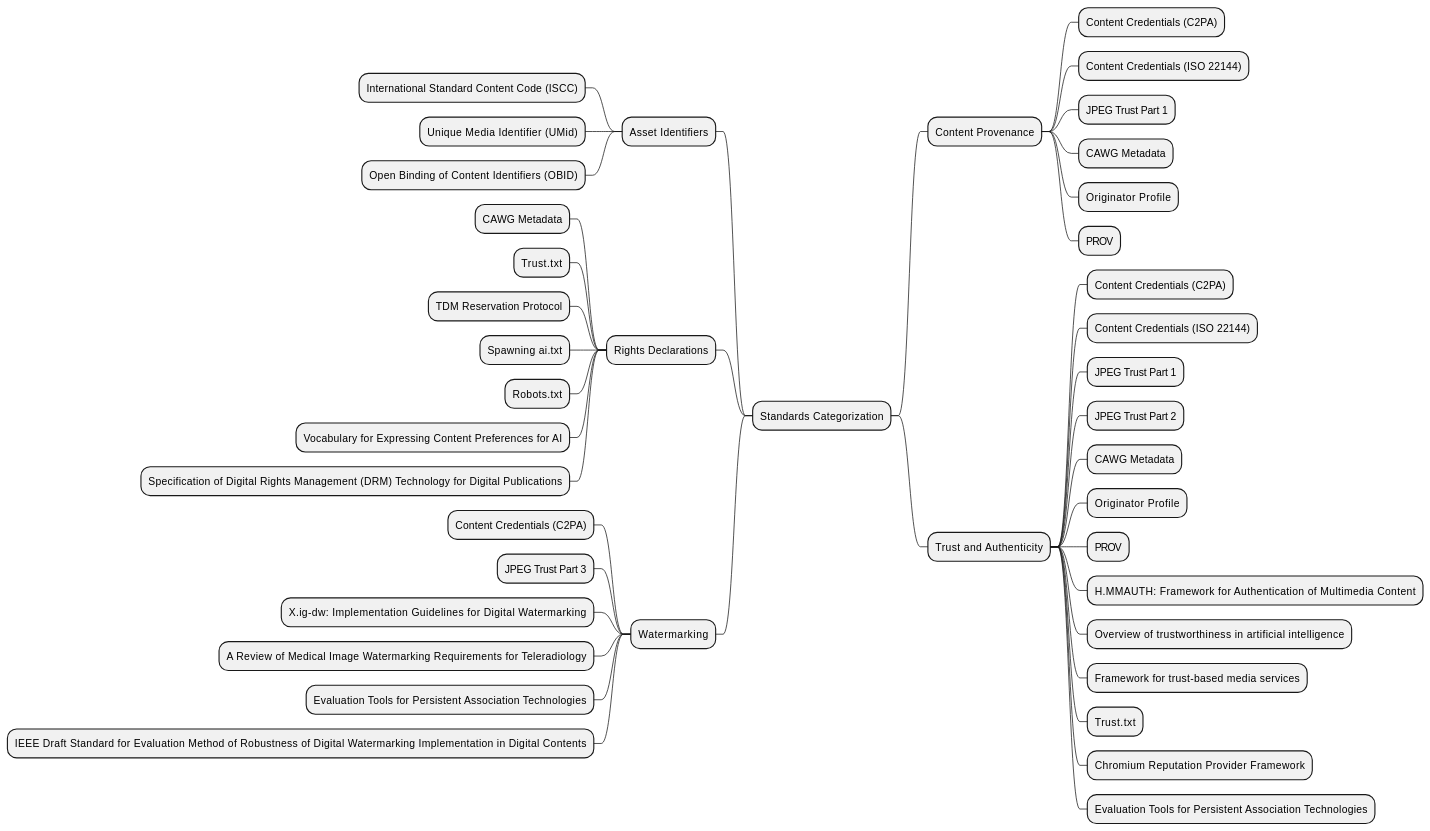
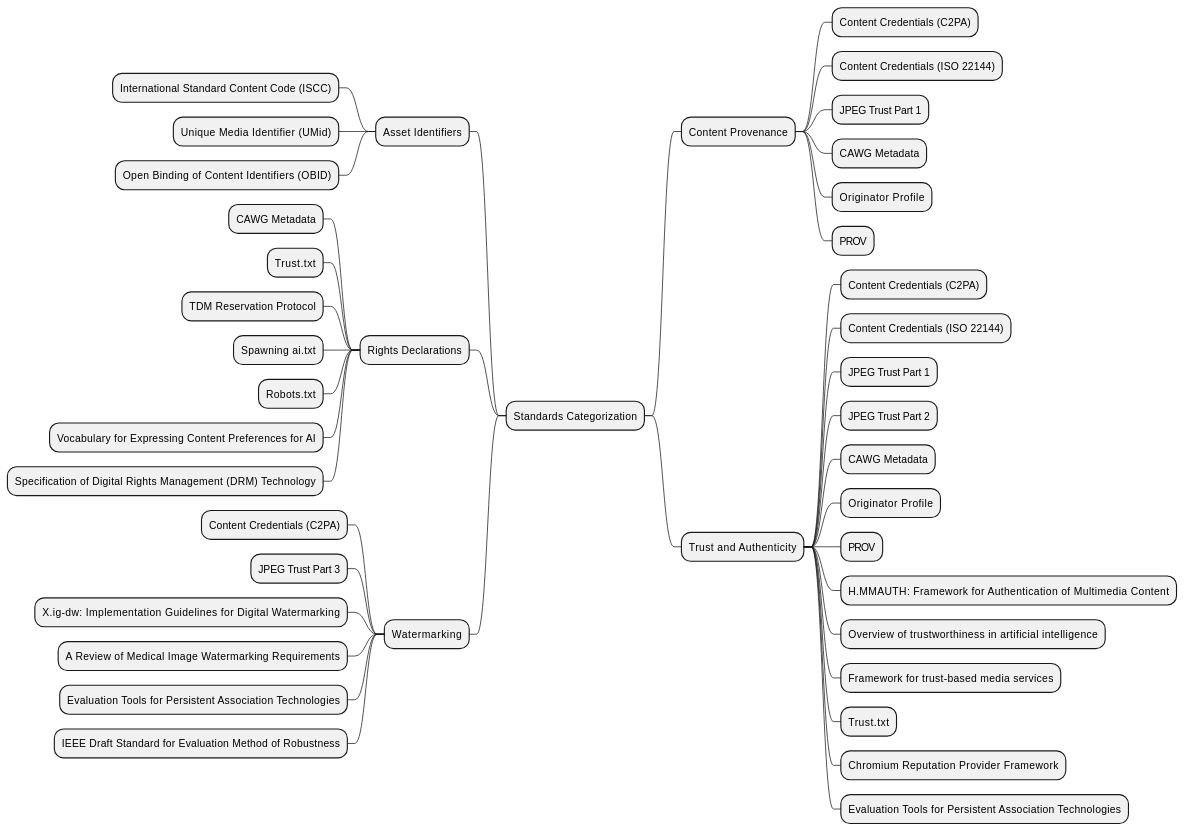
One commit to lrosenthol/amas-tech-reports changed the diagram in Review_of_Standards.adoc. Above: the diagram before and after it, drawn with PlantUML. The commit also changed other lines of this file and 7 other files, not shown here.

```diff
--- a/Review_of_Standards.adoc
+++ b/Review_of_Standards.adoc
@@ -510,49 +562,49 @@
 [plantuml, "Standards Categorization"]
 ....
 @startmindmap
 * Standards Categorization
 ** Content Provenance
 *** Content Credentials (C2PA)
 *** Content Credentials (ISO 22144)
 *** JPEG Trust Part 1
 *** CAWG Metadata
 *** Originator Profile
 *** PROV
 ** Trust and Authenticity
 *** Content Credentials (C2PA)
 *** Content Credentials (ISO 22144)
 *** JPEG Trust Part 1
 *** JPEG Trust Part 2
 *** CAWG Metadata
 *** Originator Profile
 *** PROV
 *** H.MMAUTH: Framework for Authentication of Multimedia Content
 *** Overview of trustworthiness in artificial intelligence
 *** Framework for trust-based media services
 *** Trust.txt
 *** Chromium Reputation Provider Framework
 *** Evaluation Tools for Persistent Association Technologies
 
 left side
 
 ** Asset Identifiers
 *** International Standard Content Code (ISCC)
 *** Unique Media Identifier (UMid)
 *** Open Binding of Content Identifiers (OBID)
 ** Rights Declarations
 *** CAWG Metadata
 *** Trust.txt
 *** TDM Reservation Protocol
 *** Spawning ai.txt
 *** Robots.txt
 *** Vocabulary for Expressing Content Preferences for AI
-*** Specification of Digital Rights Management (DRM) Technology for Digital Publications
+*** Specification of Digital Rights Management (DRM) Technology
 ** Watermarking
 *** Content Credentials (C2PA)
 *** JPEG Trust Part 3
 *** X.ig-dw: Implementation Guidelines for Digital Watermarking
-*** A Review of Medical Image Watermarking Requirements for Teleradiology
+*** A Review of Medical Image Watermarking Requirements
 *** Evaluation Tools for Persistent Association Technologies
-*** IEEE Draft Standard for Evaluation Method of Robustness of Digital Watermarking Implementation in Digital Contents
+*** IEEE Draft Standard for Evaluation Method of Robustness
 @endmindmap
 ....
```
